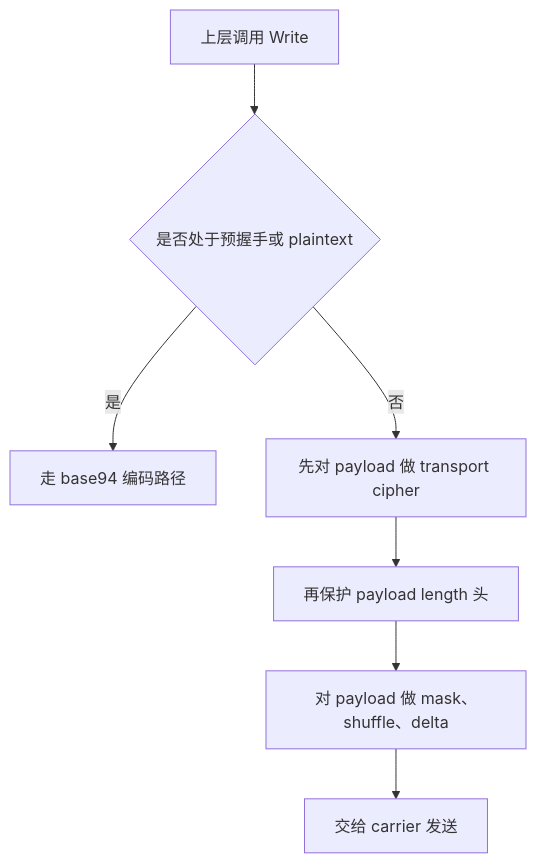
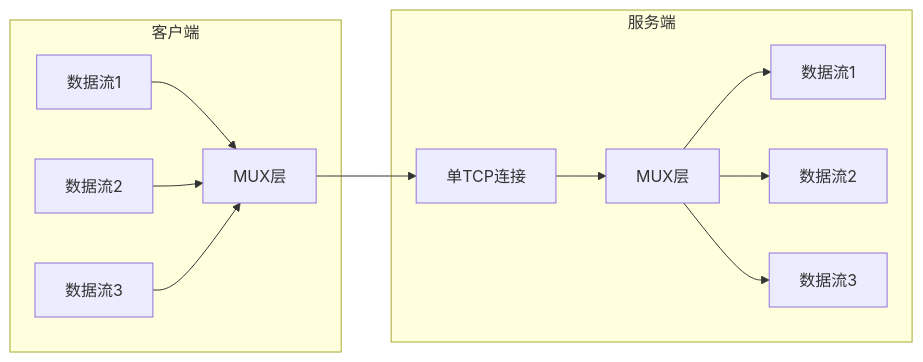
Before and after one commit to HyacinthHaru/openppp2: the tenth of 11 diagrams in docs/TRANSMISSION_CN.md, drawn with Mermaid. The commit also changed other lines of this file and 31 other files, not shown here.

````diff
--- a/docs/TRANSMISSION_CN.md
+++ b/docs/TRANSMISSION_CN.md
@@ -458,9 +318,17 @@
 ```mermaid
-flowchart TD
-    A[上层调用 Write] --> B{是否处于预握手或 plaintext}
-    B -->|是| C[走 base94 编码路径]
-    B -->|否| D[先对 payload 做 transport cipher]
-    D --> E[再保护 payload length 头]
-    E --> F[对 payload 做 mask、shuffle、delta]
-    F --> G[交给 carrier 发送]
+flowchart LR
+    subgraph 客户端
+        A[数据流1] --> B[MUX层]
+        C[数据流2] --> B
+        D[数据流3] --> B
+    end
+    
+    B --> E[单TCP连接]
+    
+    subgraph 服务端
+        E --> F[MUX层]
+        F --> G[数据流1]
+        F --> H[数据流2]
+        F --> I[数据流3]
+    end
 ```
````
